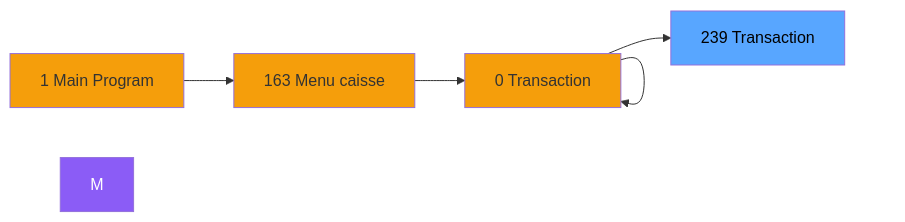
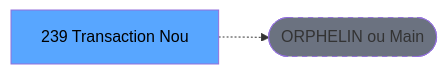
The second of 3 diagrams in .openspec/specs/ADH-IDE-239.md (thonyAGP/lecteur-magic), drawn with Mermaid before and after one commit. The commit also changed other lines of this file and 701 other files, not shown here.

````diff
--- a/.openspec/specs/ADH-IDE-239.md
+++ b/.openspec/specs/ADH-IDE-239.md
@@ -165,21 +147,8 @@
 ```mermaid
 graph LR
-    N1[1 Main Program]
-    N163[163 Menu caisse ]
-    N0[0 Transaction ]
-    N0[0 Transaction ]
-    N0[0 Transaction ]
-    T[239 Transaction ]
-    N1 --> N163
-    N163 --> N0
-    N0 --> N0
-    N0 --> N0
-    N0 --> T
-    style M fill:#8b5cf6,color:#fff
-    style N1 fill:#f59e0b
-    style N163 fill:#f59e0b
-    style N0 fill:#f59e0b
-    style N0 fill:#f59e0b
-    style N0 fill:#f59e0b
+    T[239 Transaction Nou]
+    ORPHAN([ORPHELIN ou Main])
+    T -.-> ORPHAN
     style T fill:#58a6ff,color:#000
+    style ORPHAN fill:#6b7280,stroke-dasharray: 5 5
 ```
````
